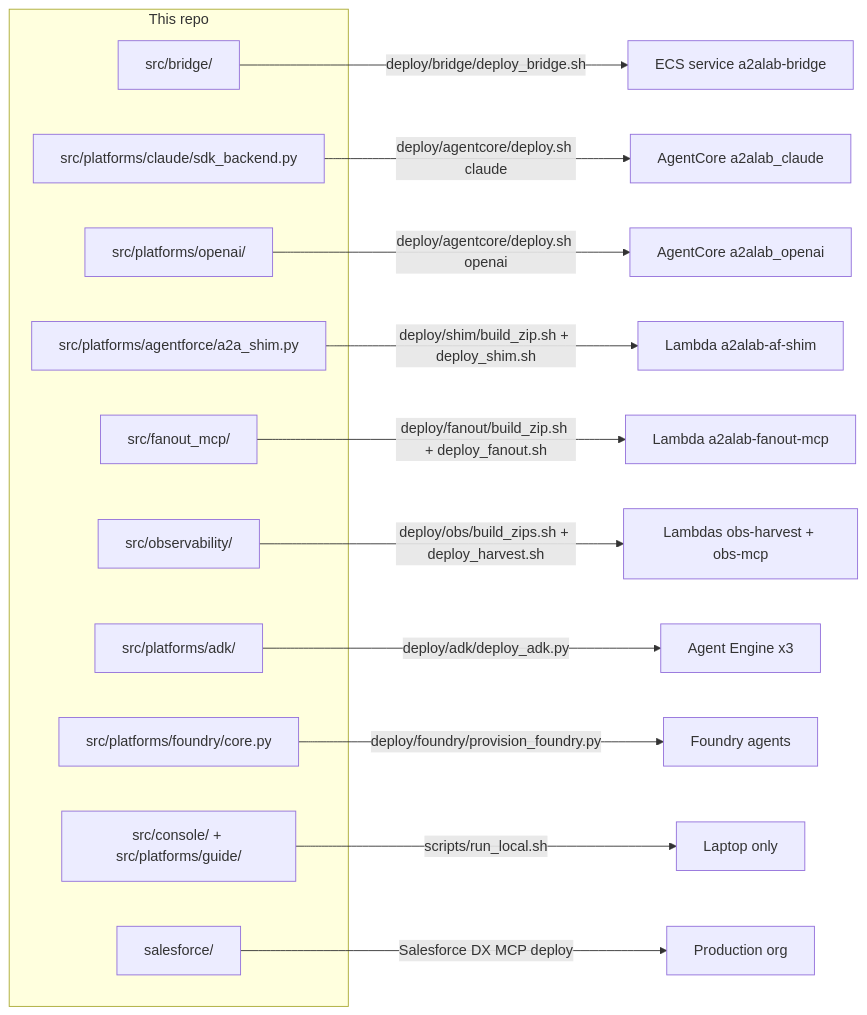
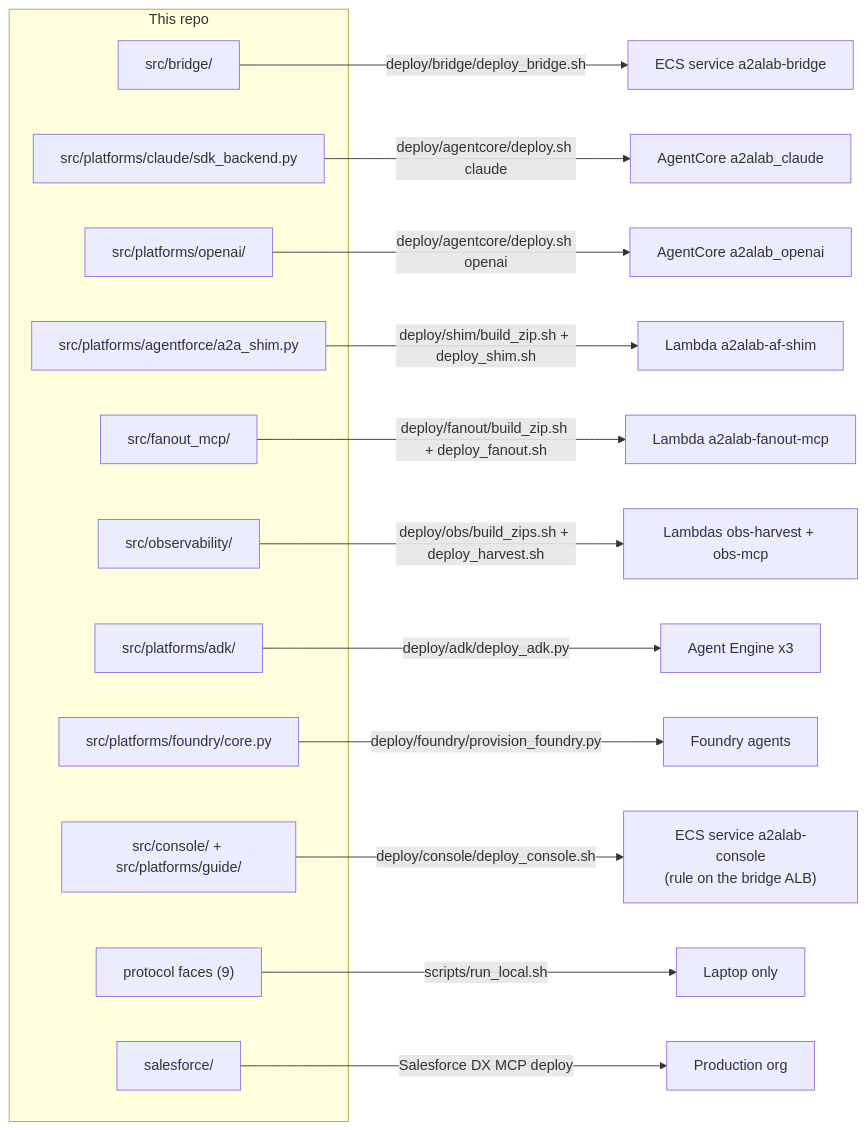
Before and after one commit to congmingwudi/a2a-lab: the seventh of 7 diagrams in plan/09-deployment-map.md, drawn with Mermaid. The commit also changed other lines of this file and 6 other files, not shown here.

````diff
--- a/plan/09-deployment-map.md
+++ b/plan/09-deployment-map.md
@@ -492,25 +493,27 @@
 ```mermaid
 flowchart LR
   subgraph REPO["This repo"]
     R1["src/bridge/"]
     R2["src/platforms/claude/sdk_backend.py"]
     R3["src/platforms/openai/"]
     R4["src/platforms/agentforce/a2a_shim.py"]
     R5["src/fanout_mcp/"]
     R6["src/observability/"]
     R7["src/platforms/adk/"]
     R8["src/platforms/foundry/core.py"]
     R9["src/console/ + src/platforms/guide/"]
+    R11["protocol faces (9)"]
     R10["salesforce/"]
   end
   R1 -->|"deploy/bridge/deploy_bridge.sh"| D1["ECS service a2alab-bridge"]
   R2 -->|"deploy/agentcore/deploy.sh claude"| D2["AgentCore a2alab_claude"]
   R3 -->|"deploy/agentcore/deploy.sh openai"| D3["AgentCore a2alab_openai"]
   R4 -->|"deploy/shim/build_zip.sh + deploy_shim.sh"| D4["Lambda a2alab-af-shim"]
   R5 -->|"deploy/fanout/build_zip.sh + deploy_fanout.sh"| D5["Lambda a2alab-fanout-mcp"]
   R6 -->|"deploy/obs/build_zips.sh + deploy_harvest.sh"| D6["Lambdas obs-harvest + obs-mcp"]
   R7 -->|"deploy/adk/deploy_adk.py"| D7["Agent Engine x3"]
   R8 -->|"deploy/foundry/provision_foundry.py"| D8["Foundry agents"]
-  R9 -->|"scripts/run_local.sh"| D9["Laptop only"]
+  R9 -->|"deploy/console/deploy_console.sh"| D9["ECS service a2alab-console<br/>(rule on the bridge ALB)"]
+  R11 -->|"scripts/run_local.sh"| D11["Laptop only"]
   R10 -->|"Salesforce DX MCP deploy"| D10["Production org"]
 ```
````
